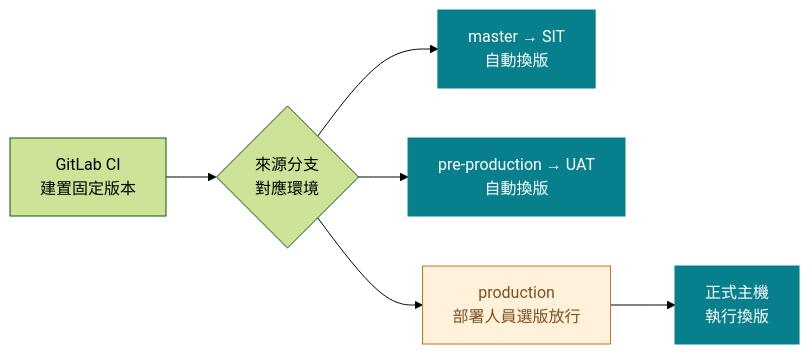
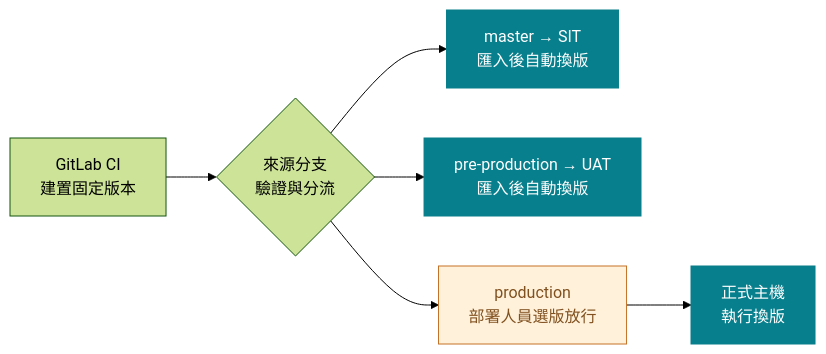
One commit to cyljacky02/gitlab-win-cicd changed the third of 5 diagrams in docs/presentations/windows-cd-initial-plan.md. Above: the diagram before and after it, drawn with Mermaid (forest theme). The commit also changed other lines of this file and 28 other files, not shown here.

Commit message:
docs: simplify Windows deployment proposal with event-driven ADO architecture

````diff
--- a/docs/presentations/windows-cd-initial-plan.md
+++ b/docs/presentations/windows-cd-initial-plan.md
@@ -132,27 +158,27 @@
 ```mermaid
 flowchart LR
 %% @name environment-approval
  A["GitLab CI<br/>建置固定版本"]
- B{"來源分支<br/>對應環境"}
- C["master → SIT<br/>自動換版"]
- D["pre-production → UAT<br/>自動換版"]
+ B{"來源分支<br/>驗證與分流"}
+ C["master → SIT<br/>匯入後自動換版"]
+ D["pre-production → UAT<br/>匯入後自動換版"]
  E["production<br/>部署人員選版放行"]
  F["正式主機<br/>執行換版"]
 %% @node A 0 90 195 85
 %% @node B 250 85 190 95
 %% @node C 555 0 325 75
 %% @node D 555 95 325 75
 %% @node E 505 190 215 80
 %% @node F 760 190 120 80
 %% @route B C 480 132 480 37
 %% @route B E 460 132 460 230
 A --> B
 B --> C
 B --> D
 B --> E
 E --> F
 class C,D,F target
 class E control
 classDef control fill:#FFF1DA,color:#80501F,stroke:#C57227
 classDef target fill:#087F8C,color:#ffffff,stroke:#087F8C
 ```
````
